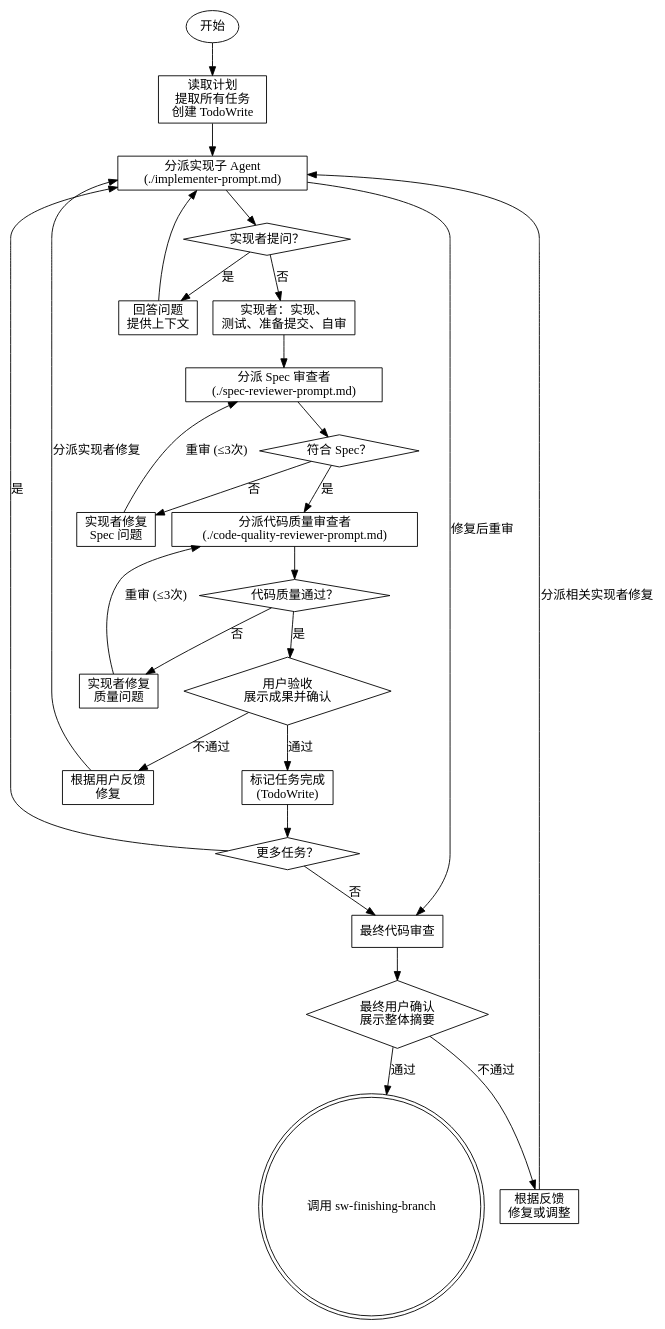
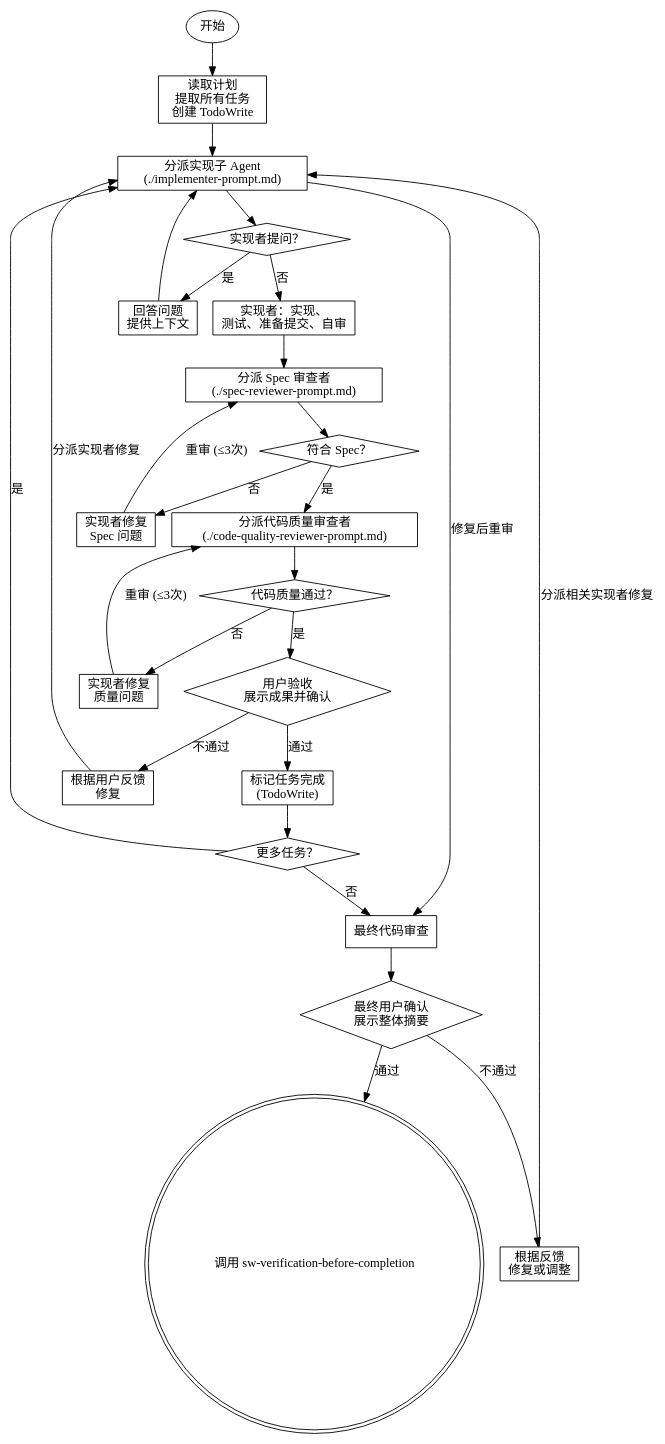
The second of 2 diagrams in sw-subagent-development/SKILL.md (vaycentsun/sw-superpower), drawn with Graphviz before and after one commit. The commit also changed other lines of this file and 2 other files, not shown here.

First line of the commit message:
refactor: replace sw-finishing-branch with sw-verification-before-completion as workflow endpoint

````diff
--- a/sw-subagent-development/SKILL.md
+++ b/sw-subagent-development/SKILL.md
@@ -38,53 +38,53 @@
 ```dot
 digraph process {
   rankdir=TB;
   
   start [label="开始", shape=ellipse];
   read_plan [label="读取计划\n提取所有任务\n创建 TodoWrite", shape=box];
   dispatch_impl [label="分派实现子 Agent\n(./implementer-prompt.md)", shape=box];
   impl_asks [label="实现者提问？", shape=diamond];
   answer [label="回答问题\n提供上下文", shape=box];
   impl_work [label="实现者：实现、\n测试、准备提交、自审", shape=box];
   dispatch_spec [label="分派 Spec 审查者\n(./spec-reviewer-prompt.md)", shape=box];
   spec_ok [label="符合 Spec？", shape=diamond];
   fix_spec [label="实现者修复\nSpec 问题", shape=box];
   dispatch_code [label="分派代码质量审查者\n(./code-quality-reviewer-prompt.md)", shape=box];
   code_ok [label="代码质量通过？", shape=diamond];
   fix_code [label="实现者修复\n质量问题", shape=box];
   user_accept [label="用户验收\n展示成果并确认", shape=diamond];
   fix_user [label="根据用户反馈\n修复", shape=box];
   mark_done [label="标记任务完成\n(TodoWrite)", shape=box];
   more_tasks [label="更多任务？", shape=diamond];
   final_review [label="最终代码审查", shape=box];
   user_final [label="最终用户确认\n展示整体摘要", shape=diamond];
   fix_final [label="根据反馈\n修复或调整", shape=box];
-  finish [label="调用 sw-finishing-branch", shape=doublecircle];
+  finish [label="调用 sw-verification-before-completion", shape=doublecircle];
   
   start -> read_plan;
   read_plan -> dispatch_impl;
   dispatch_impl -> impl_asks;
   impl_asks -> answer [label="是"];
   answer -> dispatch_impl;
   impl_asks -> impl_work [label="否"];
   impl_work -> dispatch_spec;
   dispatch_spec -> spec_ok;
   spec_ok -> fix_spec [label="否"];
   fix_spec -> dispatch_spec [label="重审 (≤3次)"];
   spec_ok -> dispatch_code [label="是"];
   dispatch_code -> code_ok;
   code_ok -> fix_code [label="否"];
   fix_code -> dispatch_code [label="重审 (≤3次)"];
   code_ok -> user_accept [label="是"];
   user_accept -> fix_user [label="不通过"];
   fix_user -> dispatch_impl [label="分派实现者修复"];
   user_accept -> mark_done [label="通过"];
   mark_done -> more_tasks;
   more_tasks -> dispatch_impl [label="是"];
   more_tasks -> final_review [label="否"];
   final_review -> user_final;
   user_final -> fix_final [label="不通过"];
   fix_final -> dispatch_impl [label="分派相关实现者修复"];
   dispatch_impl -> final_review [label="修复后重审"];
   user_final -> finish [label="通过"];
 }
 ```
````
